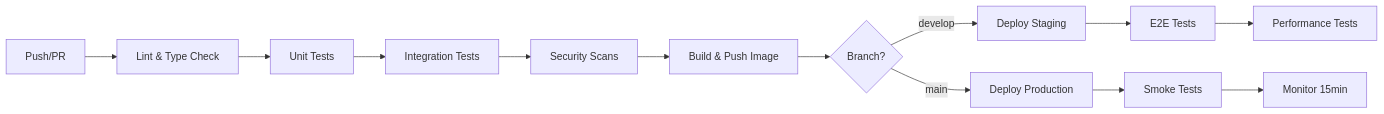
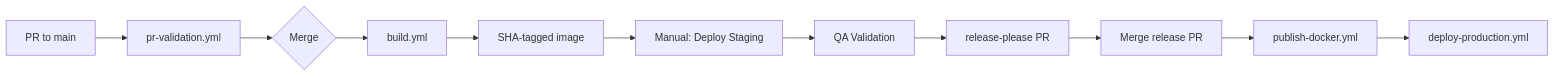
The diagram in docs/06-operations/01-runbook.md (abetoots/aptivo-final-v2), drawn with Mermaid before and after one commit. The commit also changed other lines of this file and 58 other files, not shown here.

````diff
--- a/docs/06-operations/01-runbook.md
+++ b/docs/06-operations/01-runbook.md
@@ -569,15 +555,13 @@
 ```mermaid
 graph LR
-    A[Push/PR] --> B[Lint & Type Check]
-    B --> C[Unit Tests]
-    C --> D[Integration Tests]
-    D --> E[Security Scans]
-    E --> F[Build & Push Image]
-    F --> G{Branch?}
-    G -->|develop| H[Deploy Staging]
-    H --> I[E2E Tests]
-    I --> J[Performance Tests]
-    G -->|main| K[Deploy Production]
-    K --> L[Smoke Tests]
-    L --> M[Monitor 15min]
+    A[PR to main] --> B[pr-validation.yml]
+    B --> C{Merge}
+    C --> D[build.yml]
+    D --> E[SHA-tagged image]
+    E --> F[Manual: Deploy Staging]
+    F --> G[QA Validation]
+    G --> H[release-please PR]
+    H --> I[Merge release PR]
+    I --> J[publish-docker.yml]
+    J --> K[deploy-production.yml]
 ```
````
